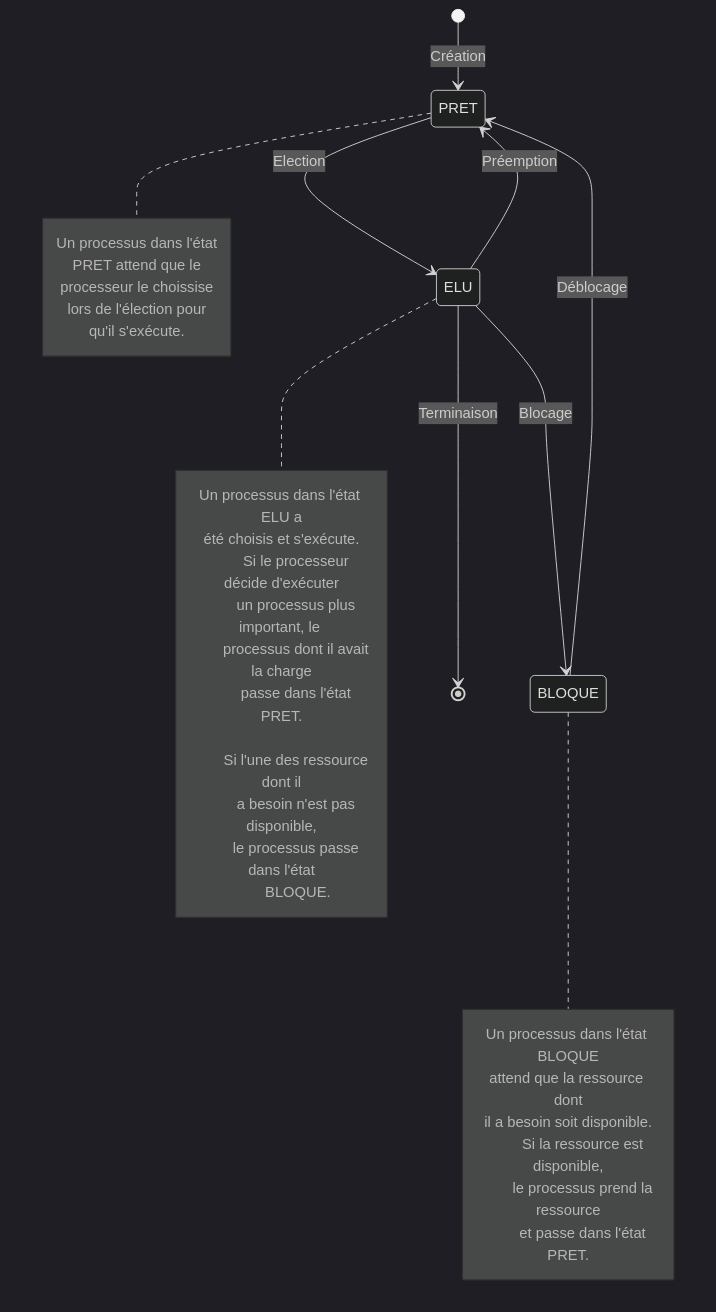
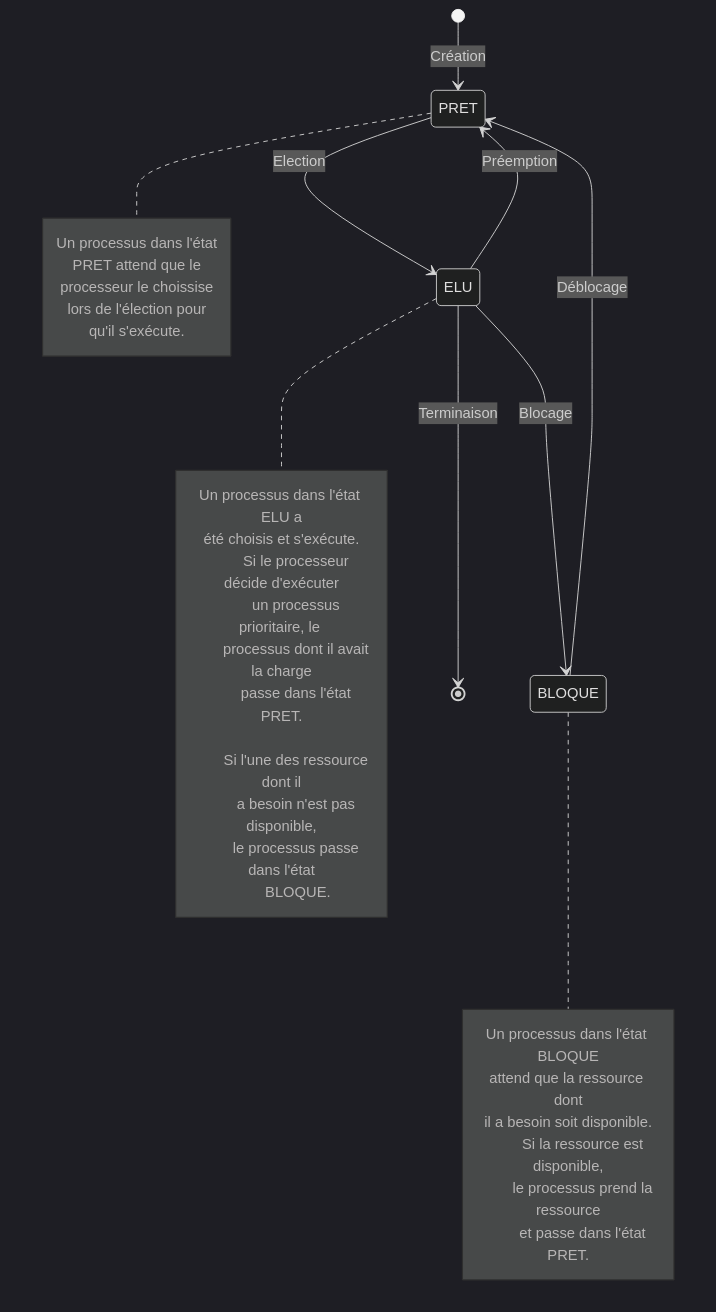
One commit to boddaert/nsi changed the diagram in terminale/Architecture des machines/Gestion_des_processus_et_des_ressources.md. Above: the diagram before and after it, drawn with Mermaid (dark theme). The commit also changed other lines of this file, not shown here.

````diff
--- a/terminale/Architecture des machines/Gestion_des_processus_et_des_ressources.md
+++ b/terminale/Architecture des machines/Gestion_des_processus_et_des_ressources.md
@@ -33,43 +33,43 @@
 ```mermaid
 stateDiagram-v2
     direction TB
     A : PRET
     note right of A
         Un processus dans l'état
         PRET attend que le
         processeur le choissise
         lors de l'élection pour
         qu'il s'exécute.
     end note
     B : ELU
     note right of B
         Un processus dans l'état ELU a
         été choisis et s'exécute.
 
         Si le processeur décide d'exécuter
-        un processus plus important, le 
+        un processus prioritaire, le 
         processus dont il avait la charge
         passe dans l'état PRET.
 
         Si l'une des ressource dont il
         a besoin n'est pas disponible,
         le processus passe dans l'état
         BLOQUE.
     end note
     C : BLOQUE
     note right of C
         Un processus dans l'état BLOQUE
         attend que la ressource dont
         il a besoin soit disponible.
 
         Si la ressource est disponible,
         le processus prend la ressource
         et passe dans l'état PRET.
     end note
     [*] --> A : Création
     A --> B : Election
     B --> A : Préemption
     B --> C : Blocage
     B --> [*] : Terminaison
     C --> A : Déblocage
 ```
````
